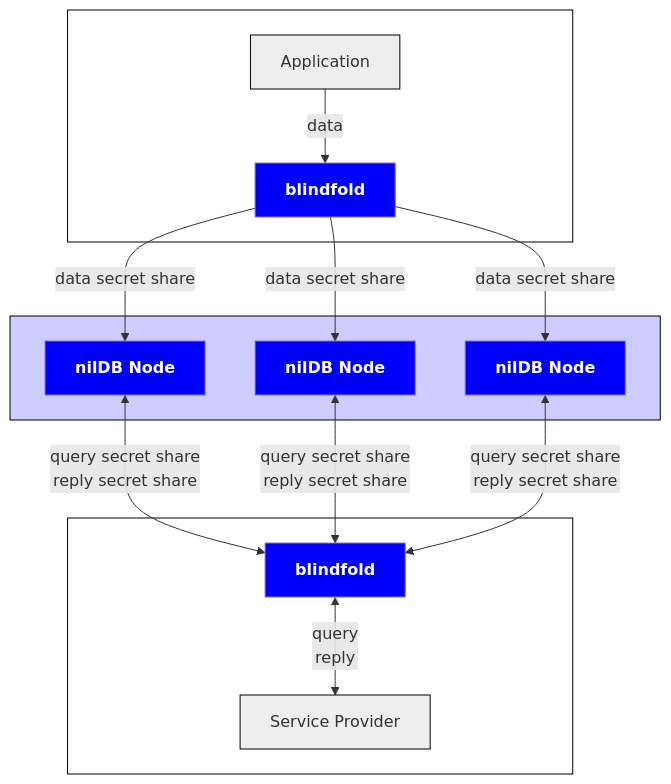
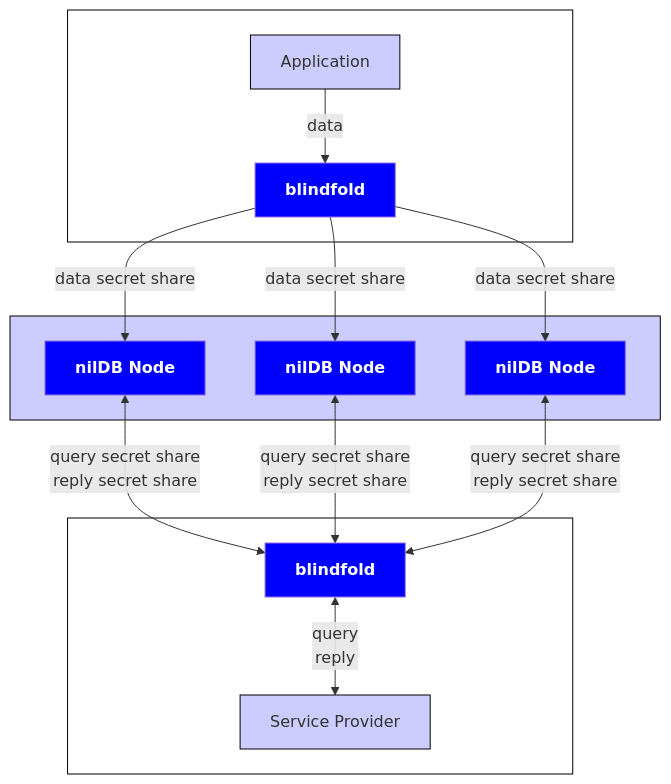
One commit to NillionNetwork/nillion-docs changed the first of 2 diagrams in docs/learn/blind-modules.md. Above: the diagram before and after it, drawn with Mermaid. The commit also changed other lines of this file and 2 other files, not shown here.

Commit message:
styling fix

````diff
--- a/docs/learn/blind-modules.md
+++ b/docs/learn/blind-modules.md
@@ -9,38 +9,38 @@
 ```mermaid
 graph TD
 
     subgraph CLIENT [" "]
     A
     NILQL0
     end
 
     subgraph NET [" "]
     X
     Y
     Z
     end
 
     subgraph SERVICE [" "]
     NILQL1
     R
     end
 
     A[Application] -->|data| NILQL0[<b>blindfold</b>]
     NILQL0 -->|data secret share| X[<b>nilDB Node</b>]
     NILQL0 -->|data secret share| Y[<b>nilDB Node</b>]
     NILQL0 -->|data secret share| Z[<b>nilDB Node</b>]
     X <-->|query secret share<br/>reply secret share| NILQL1[<b>blindfold</b>]
     Y <-->|query secret share<br/>reply secret share| NILQL1
     Z <-->|query secret share<br/>reply secret share| NILQL1
     NILQL1 <-->|query<br/>reply| R[Service Provider]
-    style A fill:#EEEEEE,stroke:#000000
+    style A fill:#CCCCFF,stroke:#000000
     style NILQL0 fill:#0000FF,color:#FFFFFF
     style NILQL1 fill:#0000FF,color:#FFFFFF
     style X fill:#0000FF,color:#FFFFFF
     style Y fill:#0000FF,color:#FFFFFF
     style Z fill:#0000FF,color:#FFFFFF
     style CLIENT fill:#FFFFFF,stroke:#000000
     style NET fill:#CCCCFF,stroke:#000000
-    style R fill:#EEEEEE,stroke:#000000
+    style R fill:#CCCCFF,stroke:#000000
     style SERVICE fill:#FFFFFF,stroke:#000000
 ```
````
